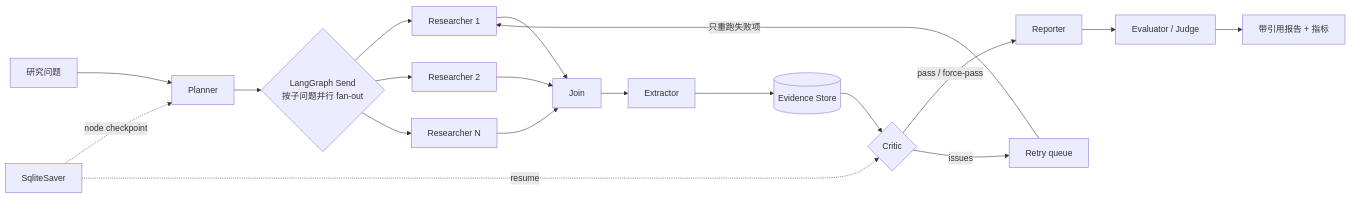
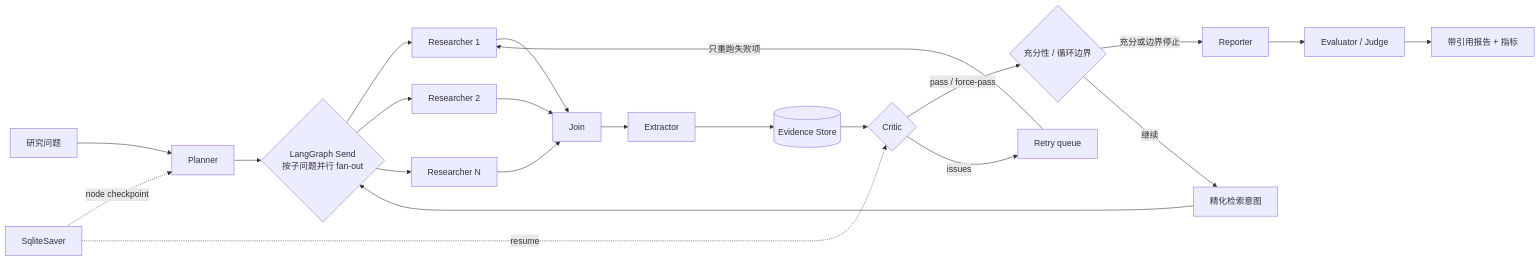
The diagram in README.md (linqiaoyu/DeepResearchAgent), drawn with Mermaid before and after one commit. The commit also changed other lines of this file and 7 other files, not shown here.

Commit message:
docs: explain bounded cognition architecture

````diff
--- a/README.md
+++ b/README.md
@@ -32,21 +32,24 @@
 ```mermaid
 flowchart LR
     Q["研究问题"] --> P["Planner"]
     P --> F{"LangGraph Send<br/>按子问题并行 fan-out"}
     F --> R1["Researcher 1"]
     F --> R2["Researcher 2"]
     F --> RN["Researcher N"]
     R1 --> J["Join"]
     R2 --> J
     RN --> J
     J --> X["Extractor"]
     X --> E[("Evidence Store")]
     E --> C{"Critic"}
-    C -->|pass / force-pass| W["Reporter"]
+    C -->|pass / force-pass| D{"充分性 / 循环边界"}
     C -->|issues| T["Retry queue"]
     T -->|只重跑失败项| R1
+    D -->|充分或边界停止| W["Reporter"]
+    D -->|继续| RP["精化检索意图"]
+    RP --> F
     W --> V["Evaluator / Judge"]
     V --> O["带引用报告 + 指标"]
     S["SqliteSaver"] -. node checkpoint .-> P
     S -. resume .-> C
 ```
````
